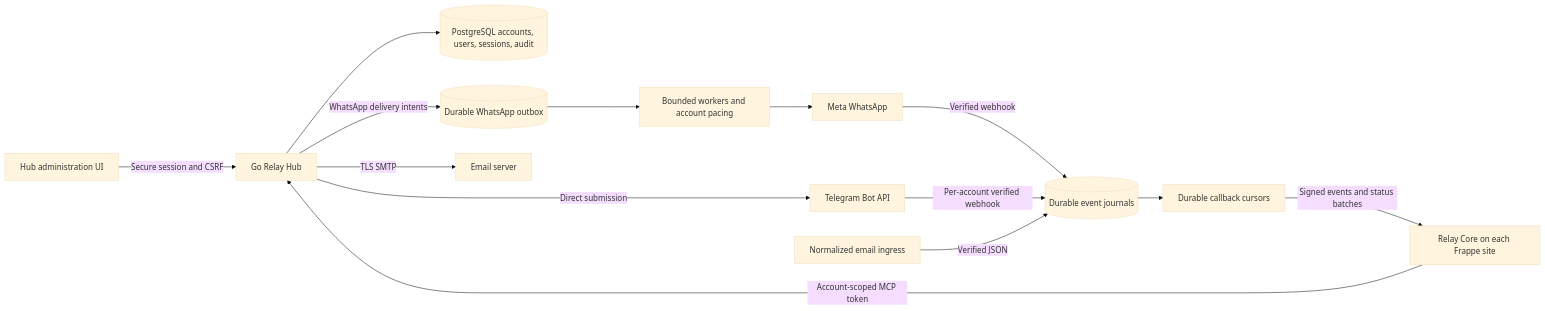
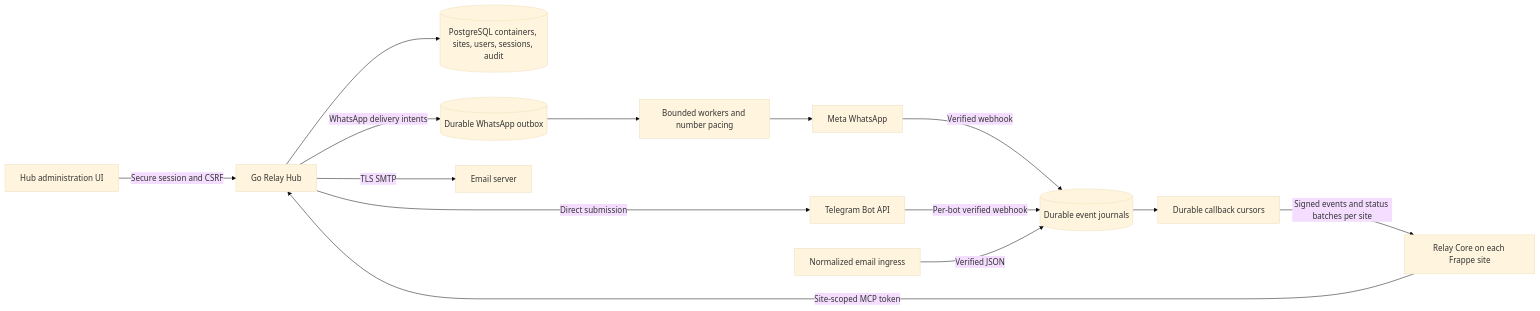
One commit to andrometiq/relay_hub changed the diagram in docs/architecture.md. Above: the diagram before and after it, drawn with Mermaid (base theme). The commit also changed other lines of this file and 2 other files, not shown here.

First line of the commit message:
docs(hub): Describe containers and sites

````diff
--- a/docs/architecture.md
+++ b/docs/architecture.md
@@ -5,16 +5,16 @@
 ```mermaid
 flowchart LR
     UI[Hub administration UI] -->|Secure session and CSRF| Hub[Go Relay Hub]
-    Core[Relay Core on each Frappe site] -->|Account-scoped MCP token| Hub
-    Hub --> Auth[(PostgreSQL accounts, users, sessions, audit)]
+    Core[Relay Core on each Frappe site] -->|Site-scoped MCP token| Hub
+    Hub --> Auth[(PostgreSQL containers, sites, users, sessions, audit)]
     Hub -->|WhatsApp delivery intents| Queue[(Durable WhatsApp outbox)]
-    Queue --> Workers[Bounded workers and account pacing]
+    Queue --> Workers[Bounded workers and number pacing]
     Workers --> WA[Meta WhatsApp]
     Hub -->|Direct submission| TG[Telegram Bot API]
     Hub -->|TLS SMTP| Mail[Email server]
     WA -->|Verified webhook| Events[(Durable event journals)]
-    TG -->|Per-account verified webhook| Events
+    TG -->|Per-bot verified webhook| Events
     Ingress[Normalized email ingress] -->|Verified JSON| Events
     Events --> Callbacks[Durable callback cursors]
-    Callbacks -->|Signed events and status batches| Core
+    Callbacks -->|Signed events and status batches per site| Core
 ```
````
